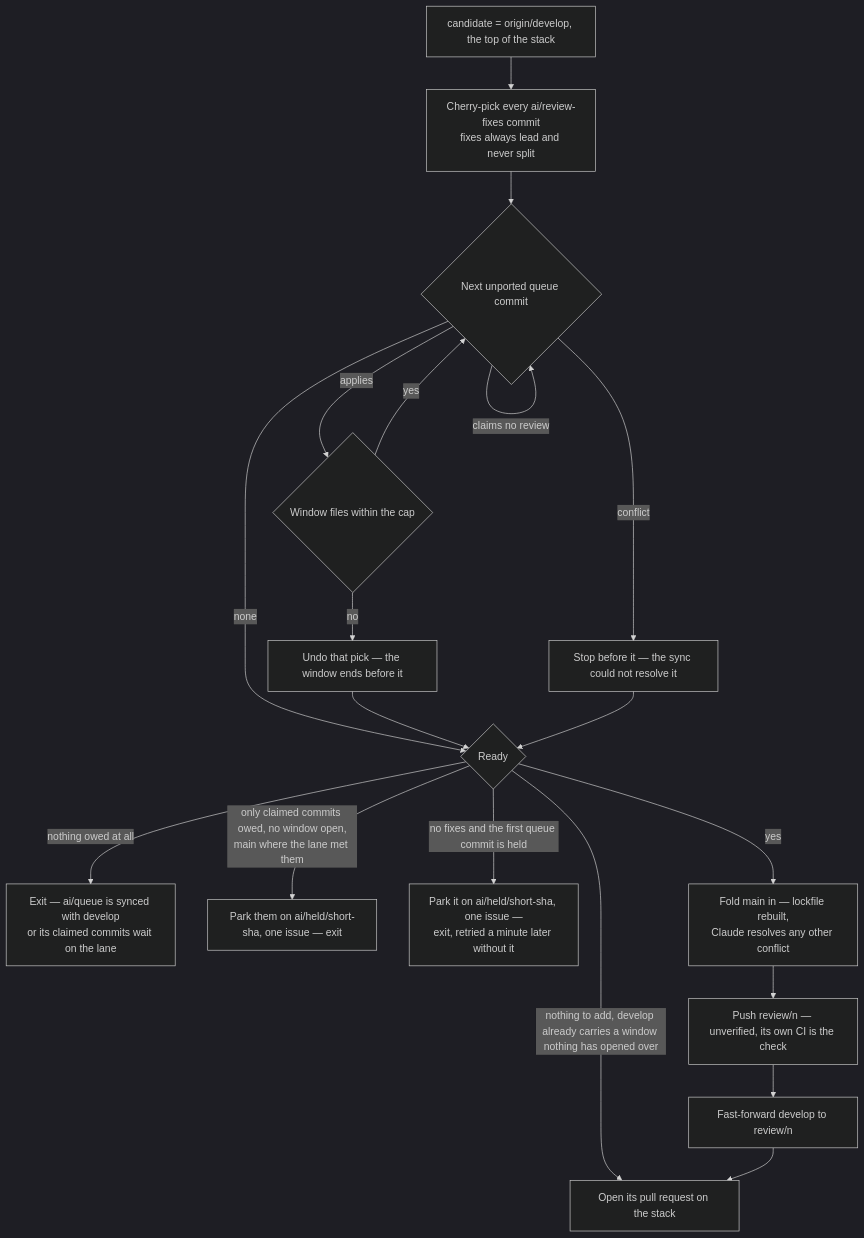
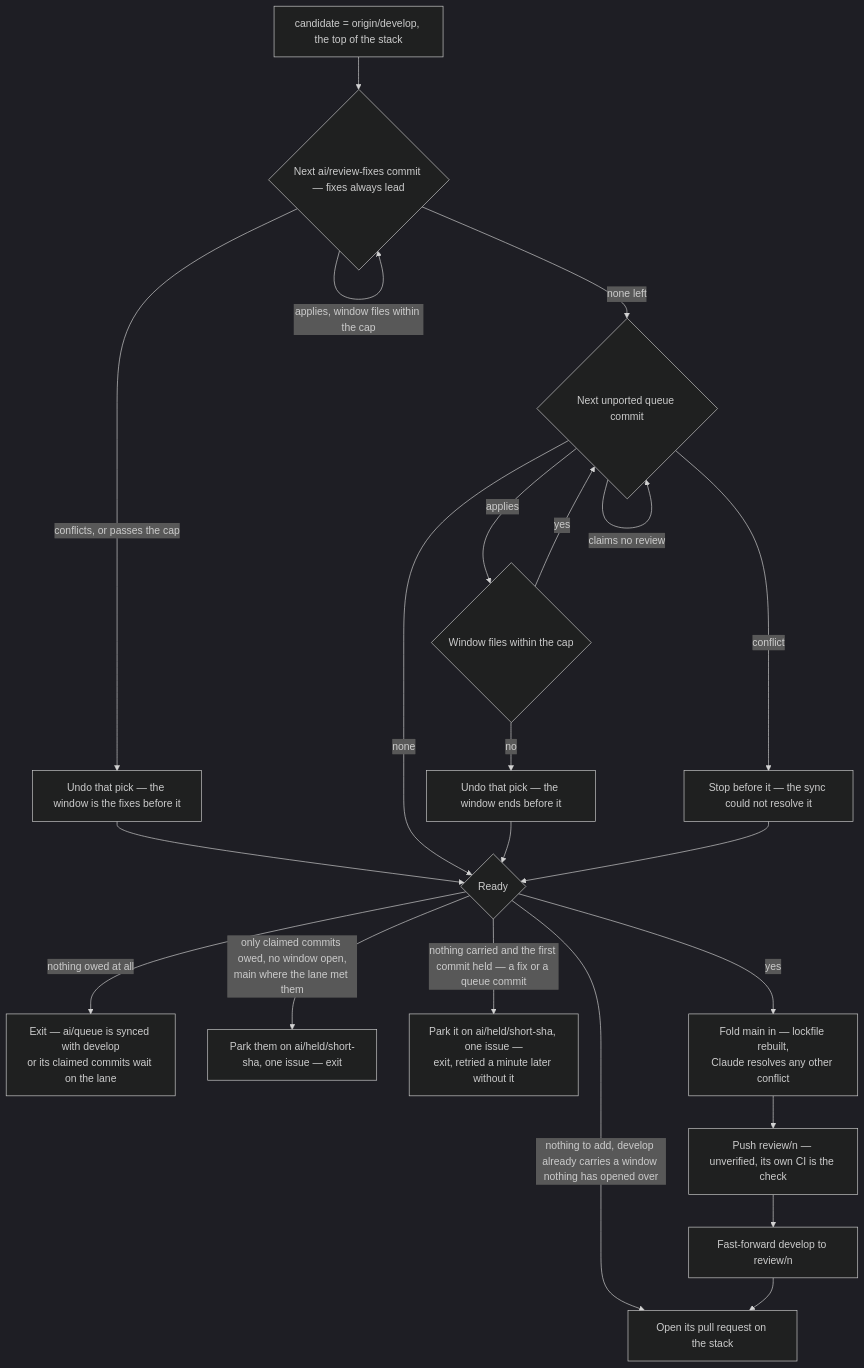
The third of 4 diagrams in apps/web/content/docs/infra/review-collector/collection-cycle.md (Esposter/Esposter), drawn with Mermaid (dark theme) before and after one commit. The commit also changed other lines of this file and 6 other files, not shown here.

````diff
--- a/apps/web/content/docs/infra/review-collector/collection-cycle.md
+++ b/apps/web/content/docs/infra/review-collector/collection-cycle.md
@@ -125,19 +128,22 @@
 ```mermaid
 flowchart TD
-  C[candidate = origin/develop, the top of the stack] --> FX[Cherry-pick every ai/review-fixes commit<br/>fixes always lead and never split]
-  FX --> Q{Next unported queue commit}
+  C[candidate = origin/develop, the top of the stack] --> FX{Next ai/review-fixes commit — fixes always lead}
+  FX -->|applies, window files within the cap| FX
+  FX -->|conflicts, or passes the cap| FU[Undo that pick — the window is the fixes before it]
+  FU --> RD
+  FX -->|none left| Q{Next unported queue commit}
   Q -->|claims no review| Q
   Q -->|none| RD
   Q -->|conflict| H[Stop before it — the sync could not resolve it]
   Q -->|applies| M{Window files within the cap}
   M -->|yes| Q
   M -->|no| U[Undo that pick — the window ends before it]
   U --> RD
   H --> RD{Ready}
   RD -->|nothing owed at all| N[Exit — ai/queue is synced with develop<br/>or its claimed commits wait on the lane]
   RD -->|only claimed commits owed, no window open,<br/>main where the lane met them| XP[Park them on ai/held/short-sha, one issue — exit]
-  RD -->|no fixes and the first queue commit is held| F[Park it on ai/held/short-sha, one issue —<br/>exit, retried a minute later without it]
+  RD -->|nothing carried and the first commit held — a fix or a queue commit| F[Park it on ai/held/short-sha, one issue —<br/>exit, retried a minute later without it]
   RD -->|nothing to add, develop already carries a window nothing has opened over| OP[Open its pull request on the stack]
   RD -->|yes| FM[Fold main in — lockfile rebuilt,<br/>Claude resolves any other conflict] --> P[Push review/n — unverified, its own CI is the check]
   P --> FF[Fast-forward develop to review/n] --> OP
 ```
````
